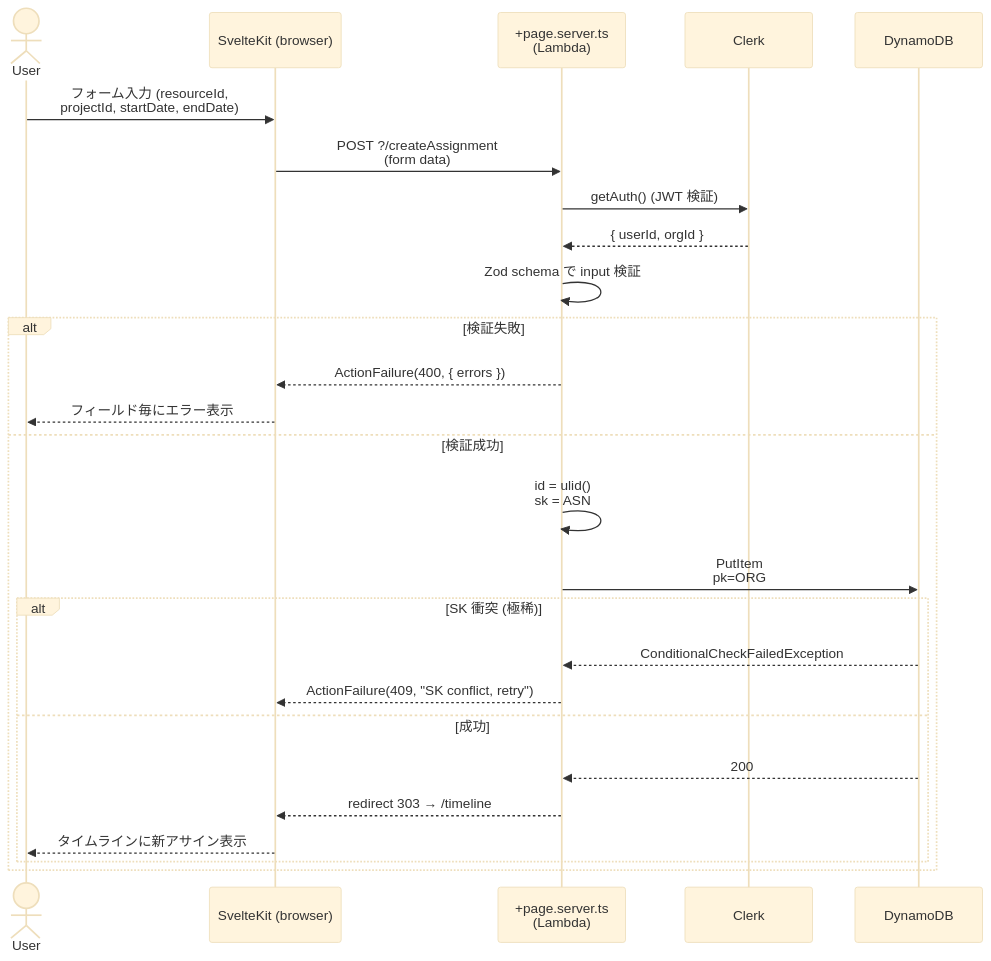
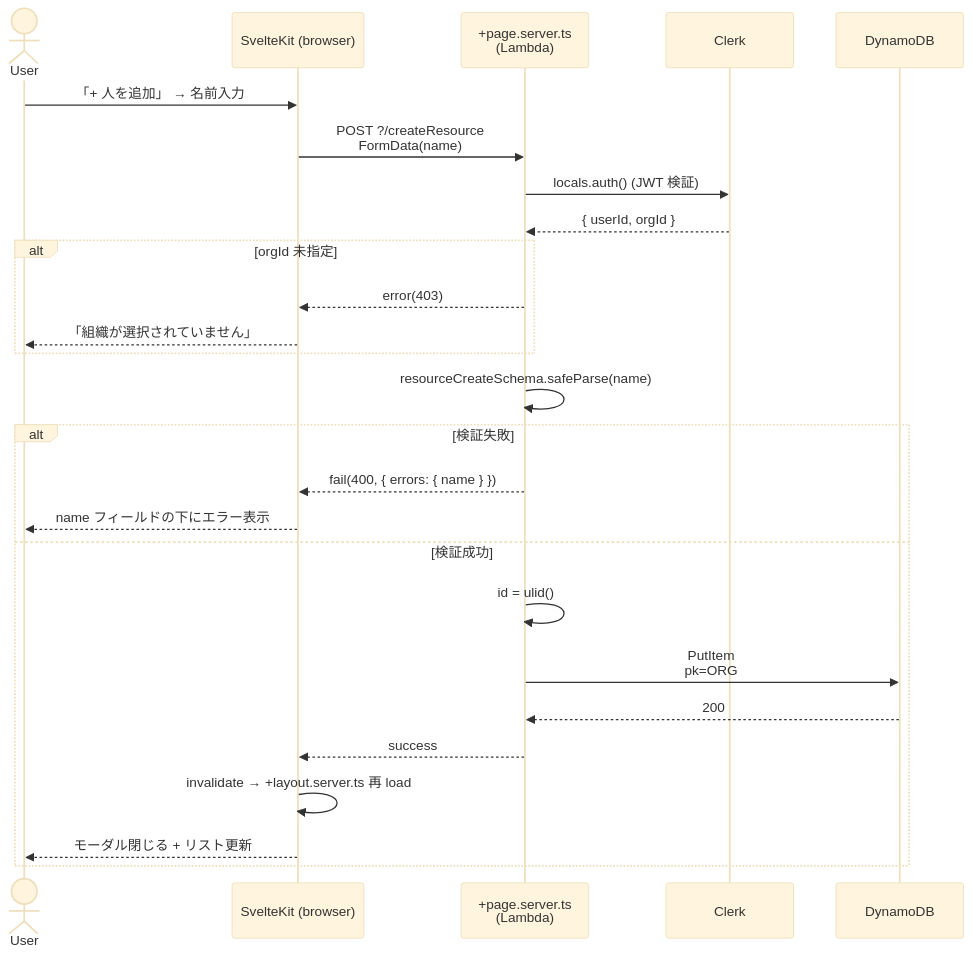
The first of 2 diagrams in docs/use-cases.md (tommykey-apps/resource-planner), drawn with Mermaid (base theme) before and after one commit. The commit also changed other lines of this file and 4 other files, not shown here.

````diff
--- a/docs/use-cases.md
+++ b/docs/use-cases.md
@@ -51,30 +50,30 @@
 ```mermaid
 sequenceDiagram
     actor User
     participant SK as SvelteKit (browser)
     participant Server as +page.server.ts<br/>(Lambda)
     participant Clerk
     participant DDB as DynamoDB
 
-    User->>SK: フォーム入力 (resourceId,<br/>projectId, startDate, endDate)
-    SK->>Server: POST ?/createAssignment<br/>(form data)
-    Server->>Clerk: getAuth() (JWT 検証)
+    User->>SK: 「+ 人を追加」 → 名前入力
+    SK->>Server: POST ?/createResource<br/>FormData(name)
+    Server->>Clerk: locals.auth() (JWT 検証)
     Clerk-->>Server: { userId, orgId }
+    alt orgId 未指定
+        Server-->>SK: error(403)
+        SK-->>User: 「組織が選択されていません」
+    end
 
-    Server->>Server: Zod schema で input 検証
+    Server->>Server: resourceCreateSchema.safeParse(name)
     alt 検証失敗
-        Server-->>SK: ActionFailure(400, { errors })
-        SK-->>User: フィールド毎にエラー表示
+        Server-->>SK: fail(400, { errors: { name } })
+        SK-->>User: name フィールドの下にエラー表示
     else 検証成功
-        Server->>Server: id = ulid()<br/>sk = ASN#{startDate}#{id}
-        Server->>DDB: PutItem<br/>pk=ORG#{orgId}, sk=ASN#...,<br/>ConditionExpression: attribute_not_exists(sk)
-        alt SK 衝突 (極稀)
-            DDB-->>Server: ConditionalCheckFailedException
-            Server-->>SK: ActionFailure(409, "SK conflict, retry")
-        else 成功
-            DDB-->>Server: 200
-            Server-->>SK: redirect 303 → /timeline
-            SK-->>User: タイムラインに新アサイン表示
-        end
+        Server->>Server: id = ulid()
+        Server->>DDB: PutItem<br/>pk=ORG#{orgId}, sk=RES#{id},<br/>ConditionExpression: attribute_not_exists(sk)
+        DDB-->>Server: 200
+        Server-->>SK: success
+        SK->>SK: invalidate → +layout.server.ts 再 load
+        SK-->>User: モーダル閉じる + リスト更新
     end
 ```
````
